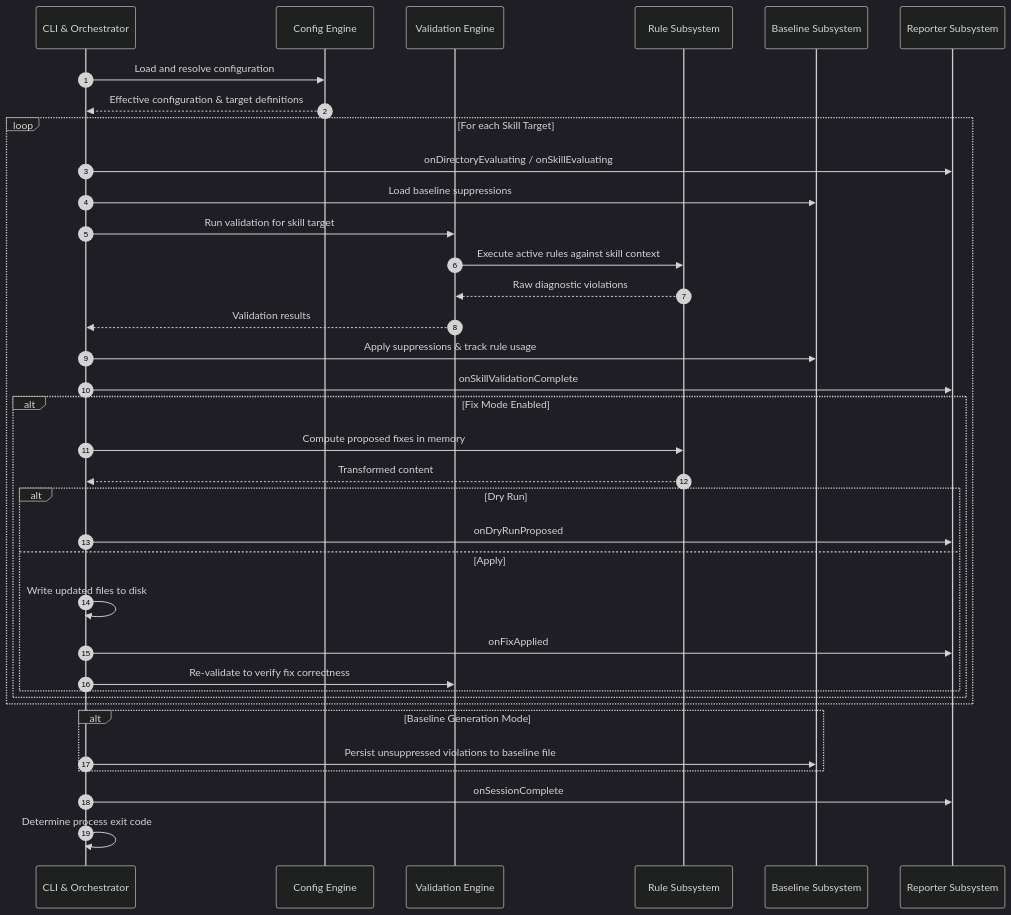
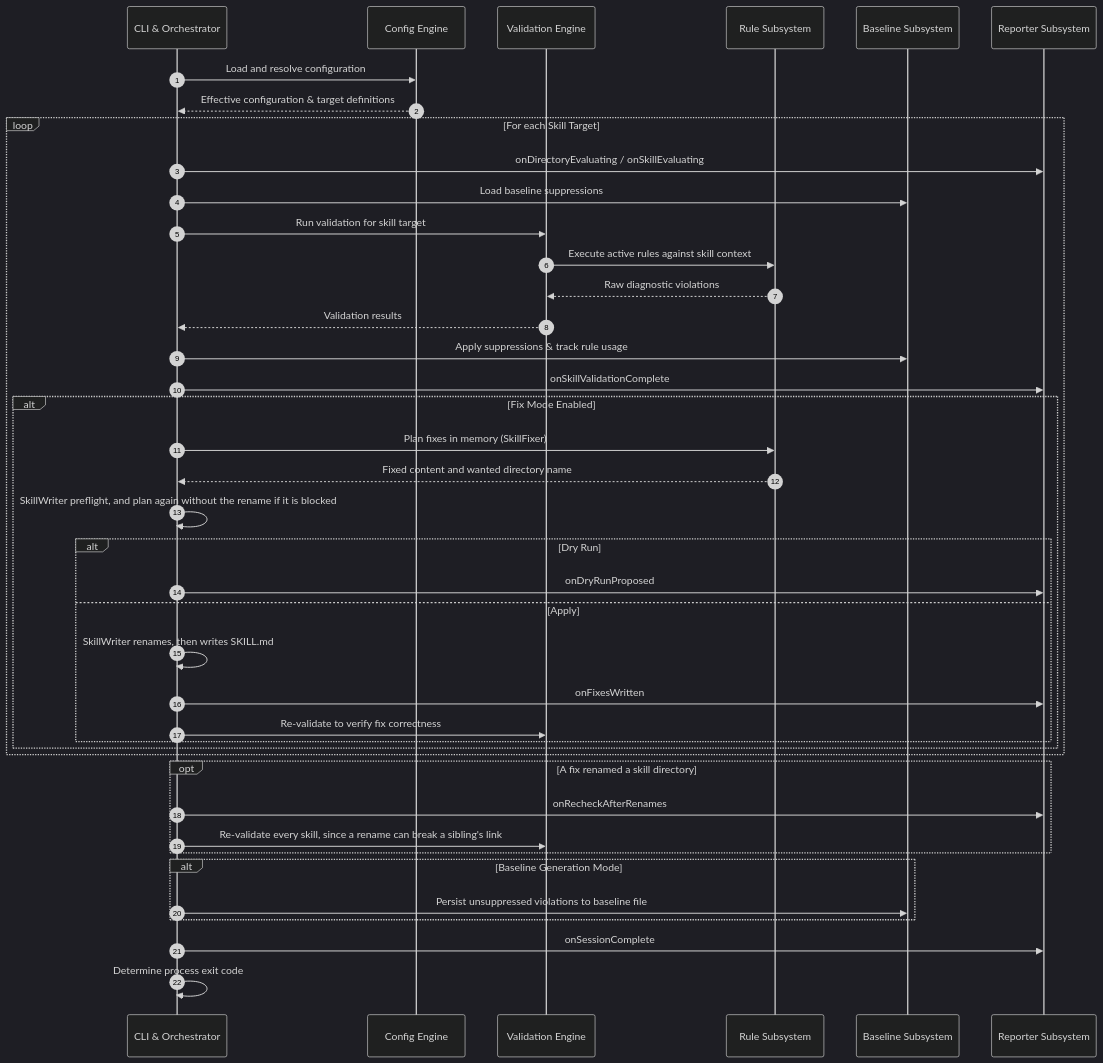
One commit to google/skills_lint.dart changed the diagram in packages/skills_lint/documentation/knowledge/architecture_overview.md. Above: the diagram before and after it, drawn with Mermaid (dark theme). The commit also changed other lines of this file and 38 other files, not shown here.

First line of the commit message:
Make --fix fix more in one run, and skip only the fixes a blocked rename needs (#189)

````diff
--- a/packages/skills_lint/documentation/knowledge/architecture_overview.md
+++ b/packages/skills_lint/documentation/knowledge/architecture_overview.md
@@ -51,43 +52,49 @@
 ```mermaid
 sequenceDiagram
     autonumber
     participant CLI as CLI & Orchestrator
     participant Config as Config Engine
     participant Engine as Validation Engine
     participant Rules as Rule Subsystem
     participant Baseline as Baseline Subsystem
     participant Reporter as Reporter Subsystem
 
     CLI->>Config: Load and resolve configuration
     Config-->>CLI: Effective configuration & target definitions
     
     loop For each Skill Target
         CLI->>Reporter: onDirectoryEvaluating / onSkillEvaluating
         CLI->>Baseline: Load baseline suppressions
         CLI->>Engine: Run validation for skill target
         Engine->>Rules: Execute active rules against skill context
         Rules-->>Engine: Raw diagnostic violations
         Engine-->>CLI: Validation results
         CLI->>Baseline: Apply suppressions & track rule usage
         CLI->>Reporter: onSkillValidationComplete
         
         alt Fix Mode Enabled
-            CLI->>Rules: Compute proposed fixes in memory
-            Rules-->>CLI: Transformed content
+            CLI->>Rules: Plan fixes in memory (SkillFixer)
+            Rules-->>CLI: Fixed content and wanted directory name
+            CLI->>CLI: SkillWriter preflight, and plan again without the rename if it is blocked
             alt Dry Run
                 CLI->>Reporter: onDryRunProposed
             else Apply
-                CLI->>CLI: Write updated files to disk
-                CLI->>Reporter: onFixApplied
+                CLI->>CLI: SkillWriter renames, then writes SKILL.md
+                CLI->>Reporter: onFixesWritten
                 CLI->>Engine: Re-validate to verify fix correctness
             end
         end
+    end
+
+    opt A fix renamed a skill directory
+        CLI->>Reporter: onRecheckAfterRenames
+        CLI->>Engine: Re-validate every skill, since a rename can break a sibling's link
     end
 
     alt Baseline Generation Mode
         CLI->>Baseline: Persist unsuppressed violations to baseline file
     end
 
     CLI->>Reporter: onSessionComplete
     CLI->>CLI: Determine process exit code
 ```
````
